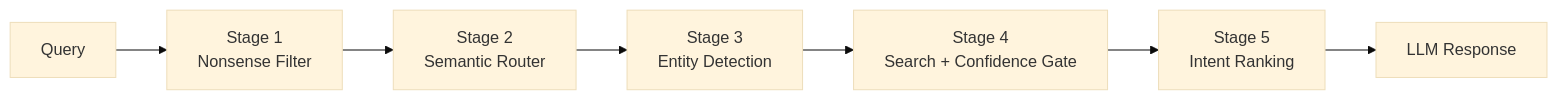
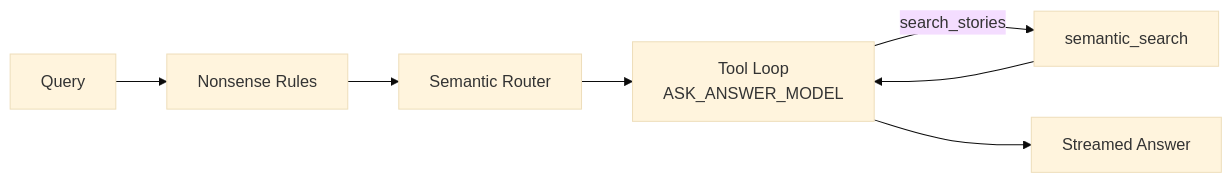
One commit to mcpugmire1/mattgpt-design-spec changed the diagram in docs/02-technical-architecture.md. Above: the diagram before and after it, drawn with Mermaid (base theme). The commit also changed other lines of this file, not shown here.

First line of the commit message:
docs: doc 02 describes the agy_answer() tool loop

```diff
--- a/docs/02-technical-architecture.md
+++ b/docs/02-technical-architecture.md
@@ -105,4 +112,7 @@
 <div class="mermaid">
 graph LR
-    Q[Query] --> S1["Stage 1<br/>Nonsense Filter"] --> S2["Stage 2<br/>Semantic Router"] --> S3["Stage 3<br/>Entity Detection"] --> S4["Stage 4<br/>Search + Confidence Gate"] --> S5["Stage 5<br/>Intent Ranking"] --> R["LLM Response"]
+    Q[Query] --> S1["Nonsense Rules"] --> S2["Semantic Router"] --> L["Tool Loop<br/>ASK_ANSWER_MODEL"]
+    L -->|search_stories| S["semantic_search"]
+    S --> L
+    L --> R["Streamed Answer"]
 </div>
```
